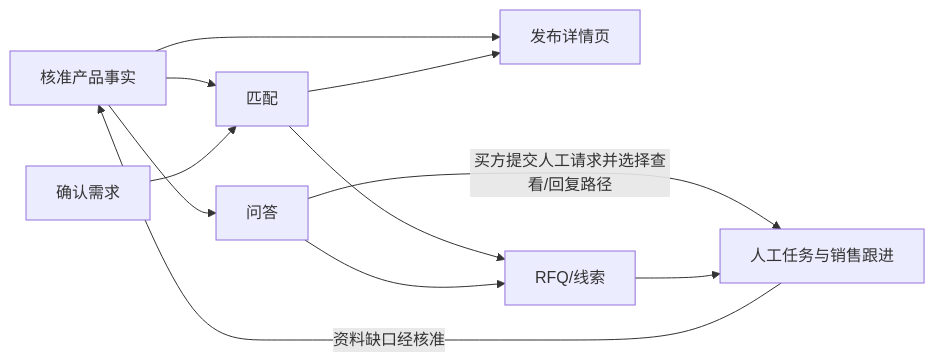
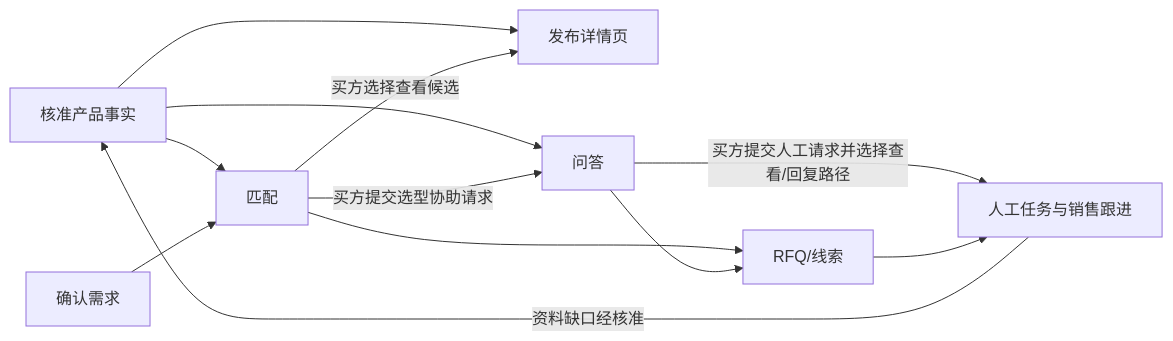
One commit to JiahaoShang/blinking-CB-water-pump-saas changed the diagram in docs/MVP-开发需求文档.md. Above: the diagram before and after it, drawn with Mermaid. The commit also changed other lines of this file and 4 other files, not shown here.

````diff
--- a/docs/MVP-开发需求文档.md
+++ b/docs/MVP-开发需求文档.md
@@ -140,13 +144,14 @@
 ```mermaid
 flowchart LR
   M1[核准产品事实] --> M2[发布详情页]
   M1 --> M4[匹配]
   M1 --> M5[问答]
   M3[确认需求] --> M4
-  M4 --> M2
+  M4 -- 买方选择查看候选 --> M2
+  M4 -- 买方提交选型协助请求 --> M5
   M4 --> M6[RFQ/线索]
   M5 --> M6
   M5 -- 买方提交人工请求并选择查看/回复路径 --> M7[人工任务与销售跟进]
   M6 --> M7
   M7 -- 资料缺口经核准 --> M1
 ```
````
